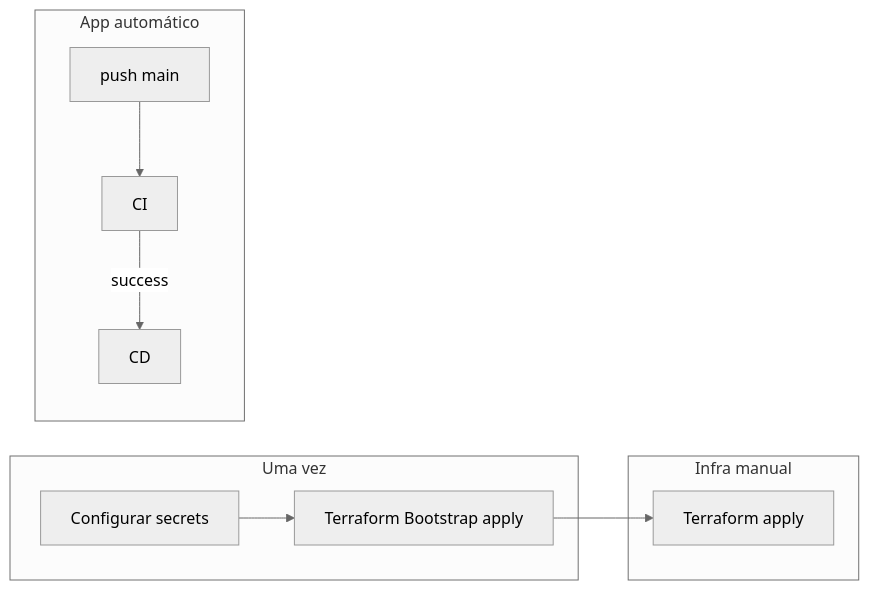
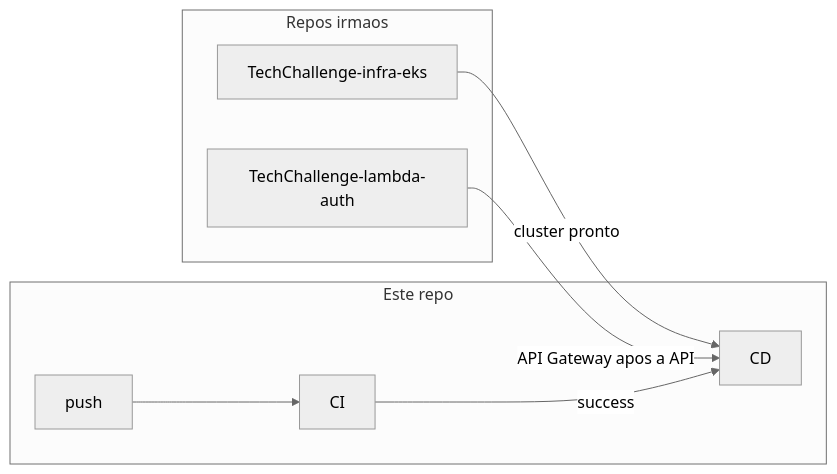
The diagram in docs/GITHUB-ACTIONS.md (RuannGodinho/TechChallenge-Fiap), drawn with Mermaid (neutral theme) before and after one commit. The commit also changed other lines of this file and 52 other files, not shown here.

First line of the commit message:
Extract Lambda, EKS, and DB stacks into sibling repositories.

````diff
--- a/docs/GITHUB-ACTIONS.md
+++ b/docs/GITHUB-ACTIONS.md
@@ -14,20 +12,17 @@
 ```mermaid
 flowchart LR
-  subgraph once [Uma vez]
-    S[Configurar secrets]
-    B[Terraform Bootstrap apply]
-  end
-
-  subgraph infra [Infra manual]
-    T[Terraform apply]
-  end
-
-  subgraph app [App automático]
-    P[push main]
+  subgraph app [Este repo]
+    P[push]
     C[CI]
     D[CD]
   end
 
-  S --> B --> T
+  subgraph others [Repos irmaos]
+    EKS[TechChallenge-infra-eks]
+    LAM[TechChallenge-lambda-auth]
+  end
+
+  EKS -->|cluster pronto| D
   P --> C -->|success| D
+  LAM -->|API Gateway apos a API| D
 ```
````
